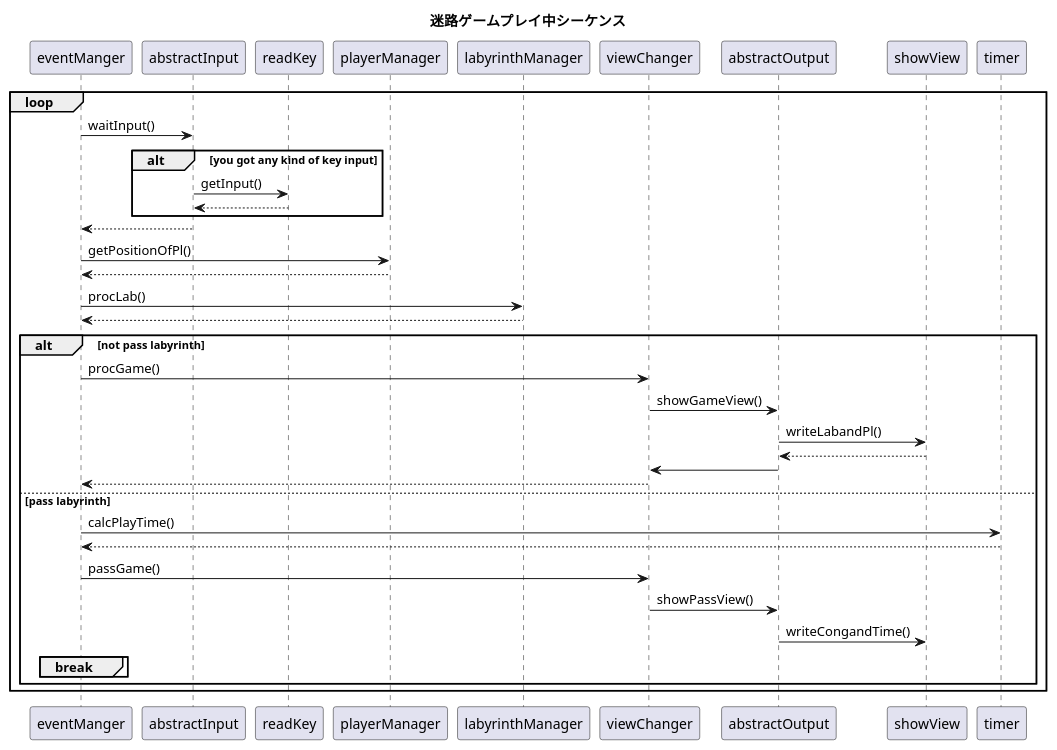
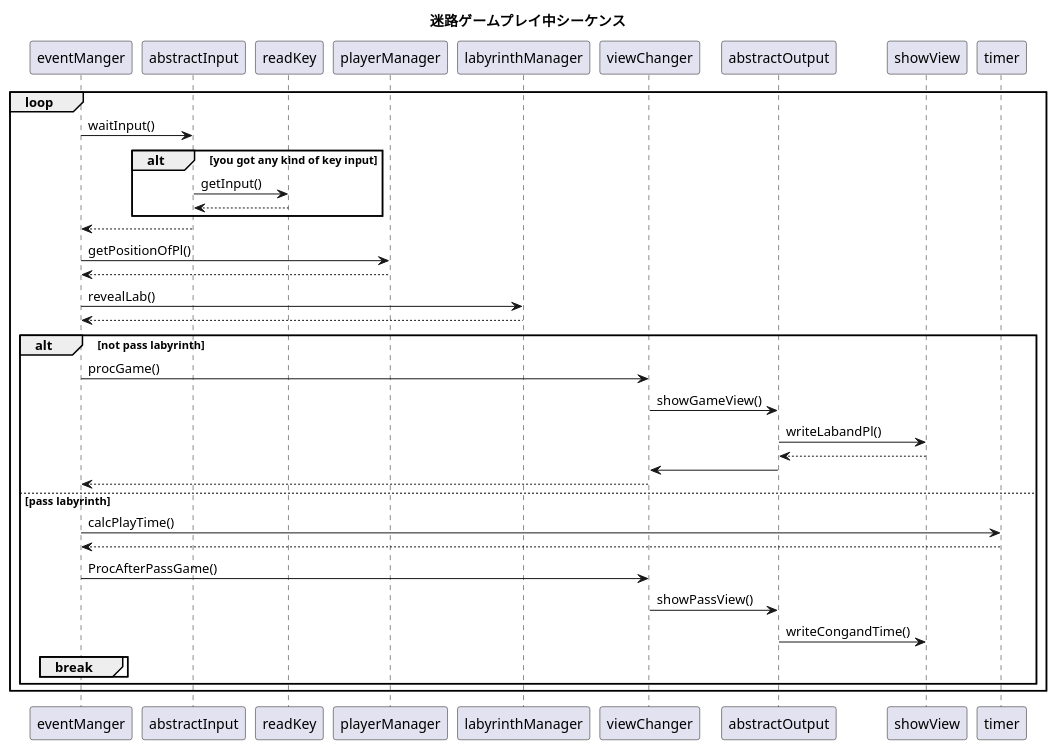
One commit to horiyoshihiro/LabyrinthGame changed the diagram in S_playGame.pu. Above: the diagram before and after it, drawn with PlantUML. The commit also changed 13 other files, not shown here.

```diff
--- a/S_playGame.pu
+++ b/S_playGame.pu
@@ -1,37 +1,37 @@
 @startuml
 
 title 迷路ゲームプレイ中シーケンス
 
 loop
     eventManger -> abstractInput : waitInput()
     alt you got any kind of key input
         abstractInput -> readKey : getInput()
         readKey --> abstractInput
     end
     abstractInput --> eventManger
 
     eventManger -> playerManager : getPositionOfPl()
     playerManager --> eventManger
 
-    eventManger -> labyrinthManager : procLab()
+    eventManger -> labyrinthManager : revealLab()
     labyrinthManager --> eventManger
 
     alt not pass labyrinth
         eventManger -> viewChanger : procGame()
             viewChanger -> abstractOutput : showGameView()
                 abstractOutput -> showView : writeLabandPl()
                 showView --> abstractOutput
             abstractOutput -> viewChanger
         viewChanger --> eventManger
     else pass labyrinth
         eventManger -> timer : calcPlayTime()
         timer --> eventManger 
-        eventManger -> viewChanger : passGame()
+        eventManger -> viewChanger : ProcAfterPassGame()
             viewChanger -> abstractOutput : showPassView()
                 abstractOutput -> showView : writeCongandTime()
         break
         end
     end
 end
 
 @enduml
```
